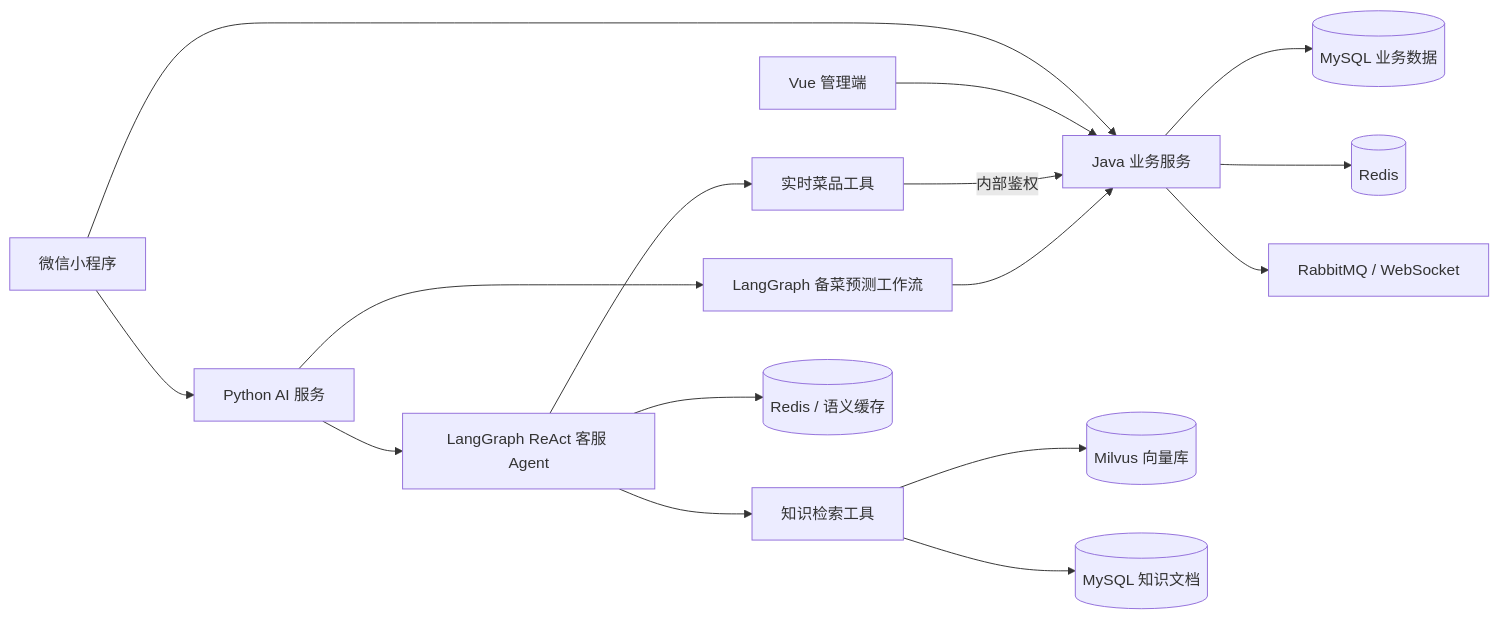
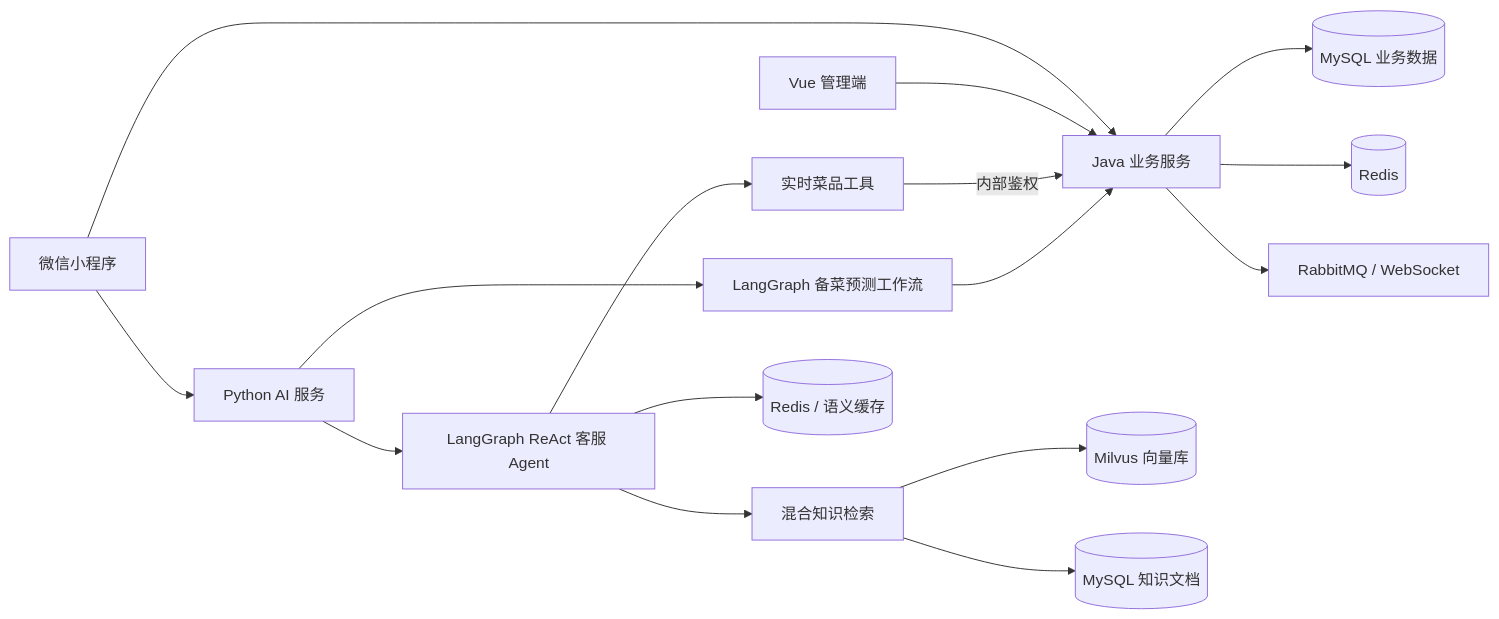
Before and after one commit to 1305884178-bit/smart-kitchen-ai-platform: the first of 3 diagrams in README.md, drawn with Mermaid. The commit also changed other lines of this file and 7 other files, not shown here.

````diff
--- a/README.md
+++ b/README.md
@@ -72,21 +73,21 @@
 ```mermaid
 flowchart LR
     MP[微信小程序] --> JAVA[Java 业务服务]
     ADMIN[Vue 管理端] --> JAVA
 
     MP --> AI[Python AI 服务]
     AI --> CHAT[LangGraph ReAct 客服 Agent]
     AI --> PREDICT[LangGraph 备菜预测工作流]
 
-    CHAT --> RAG[知识检索工具]
+    CHAT --> RAG[混合知识检索]
     CHAT --> TOOLS[实时菜品工具]
     RAG --> MILVUS[(Milvus 向量库)]
     RAG --> KB[(MySQL 知识文档)]
     TOOLS -->|内部鉴权| JAVA
 
     CHAT --> CACHE[(Redis / 语义缓存)]
     JAVA --> MYSQL[(MySQL 业务数据)]
     JAVA --> REDIS[(Redis)]
     JAVA --> MQ[RabbitMQ / WebSocket]
     PREDICT --> JAVA
 ```
````
